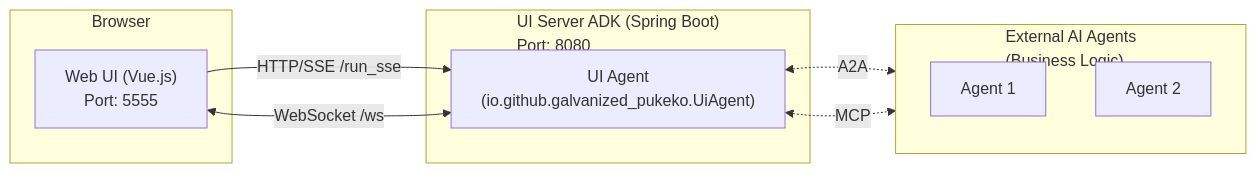
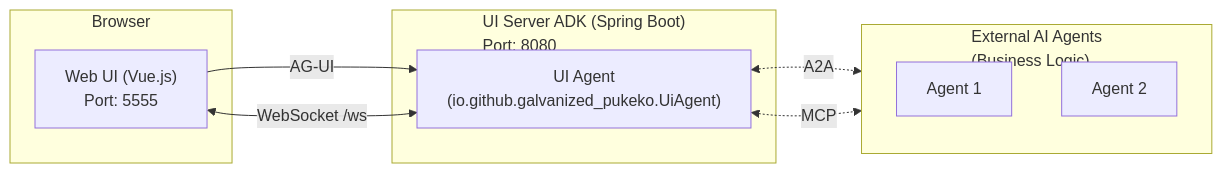
The diagram in README.md (Galvanized-Pukeko/galvanized-pukeko-ai-ui), drawn with Mermaid before and after one commit. The commit also changed other lines of this file, not shown here.

````diff
--- a/README.md
+++ b/README.md
@@ -37,21 +37,21 @@
 ```mermaid
 graph LR
     subgraph Browser
         UI["Web UI (Vue.js)<br/>Port: 5555"]
     end
 
     subgraph Server["UI Server ADK (Spring Boot)<br/>Port: 8080"]
         UIAgent["UI Agent<br/>(io.github.galvanized_pukeko.UiAgent)"]
     end
 
     subgraph Agents["External AI Agents<br/>(Business Logic)"]
         direction TB
         Agent1["Agent 1"]
         Agent2["Agent 2"]
     end
 
-    UI -->|HTTP/SSE /run_sse| UIAgent
+    UI -->|AG-UI| UIAgent
     UI <-->|WebSocket /ws| UIAgent
     UIAgent <-.->|A2A| Agent1
     UIAgent <-.->|MCP| Agent2
 ```
````
